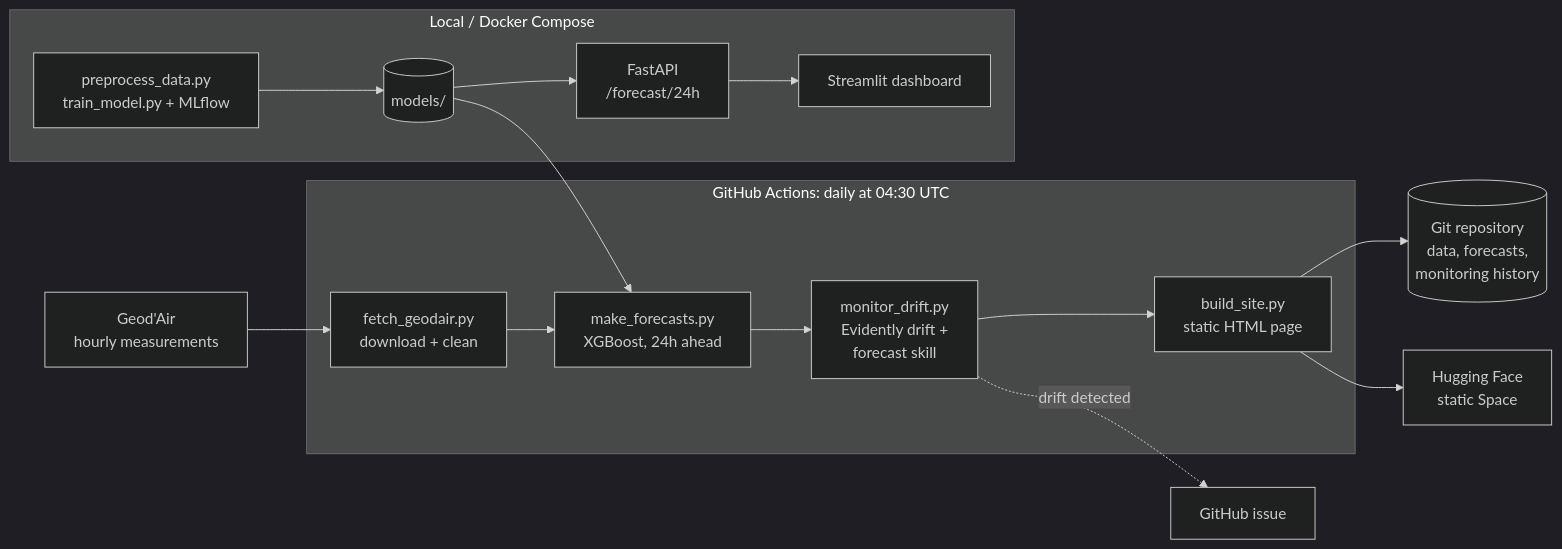
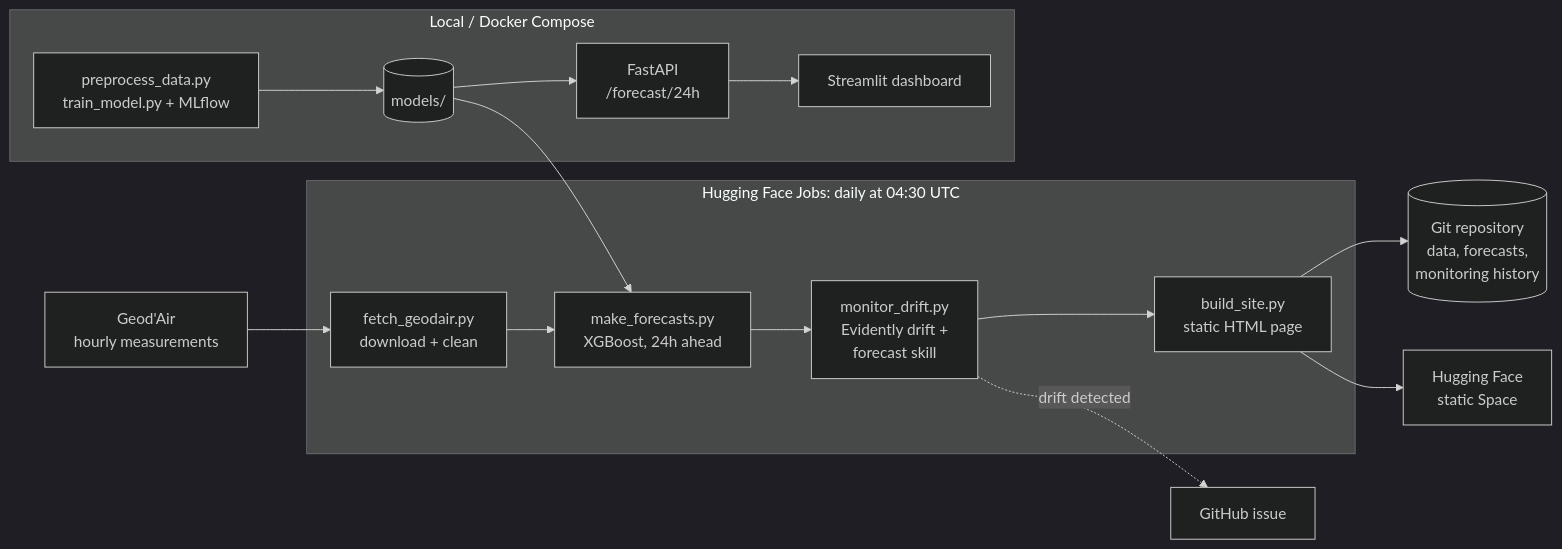
Before and after one commit to JayaSaiKishore7/AirQuality_AnalysisFR: the diagram in README.md, drawn with Mermaid (dark theme). The commit also changed other lines of this file and 1 other file, not shown here.

Commit message:
Document the Hugging Face Jobs runner

````diff
--- a/README.md
+++ b/README.md
@@ -27,22 +27,22 @@
 ```mermaid
 flowchart LR
     G["Geod'Air<br/>hourly measurements"] --> F
 
-    subgraph GA["GitHub Actions: daily at 04:30 UTC"]
+    subgraph GA["Hugging Face Jobs: daily at 04:30 UTC"]
         F["fetch_geodair.py<br/>download + clean"] --> P["make_forecasts.py<br/>XGBoost, 24h ahead"]
         P --> M["monitor_drift.py<br/>Evidently drift +<br/>forecast skill"]
         M --> S["build_site.py<br/>static HTML page"]
     end
 
     S --> R[("Git repository<br/>data, forecasts,<br/>monitoring history")]
     S --> H["Hugging Face<br/>static Space"]
     M -. "drift detected" .-> I["GitHub issue"]
 
     subgraph LOCAL["Local / Docker Compose"]
         T["preprocess_data.py<br/>train_model.py + MLflow"] --> MOD[("models/")]
         MOD --> API["FastAPI<br/>/forecast/24h"]
         API --> UI["Streamlit dashboard"]
     end
 
     MOD --> P
 ```
````
